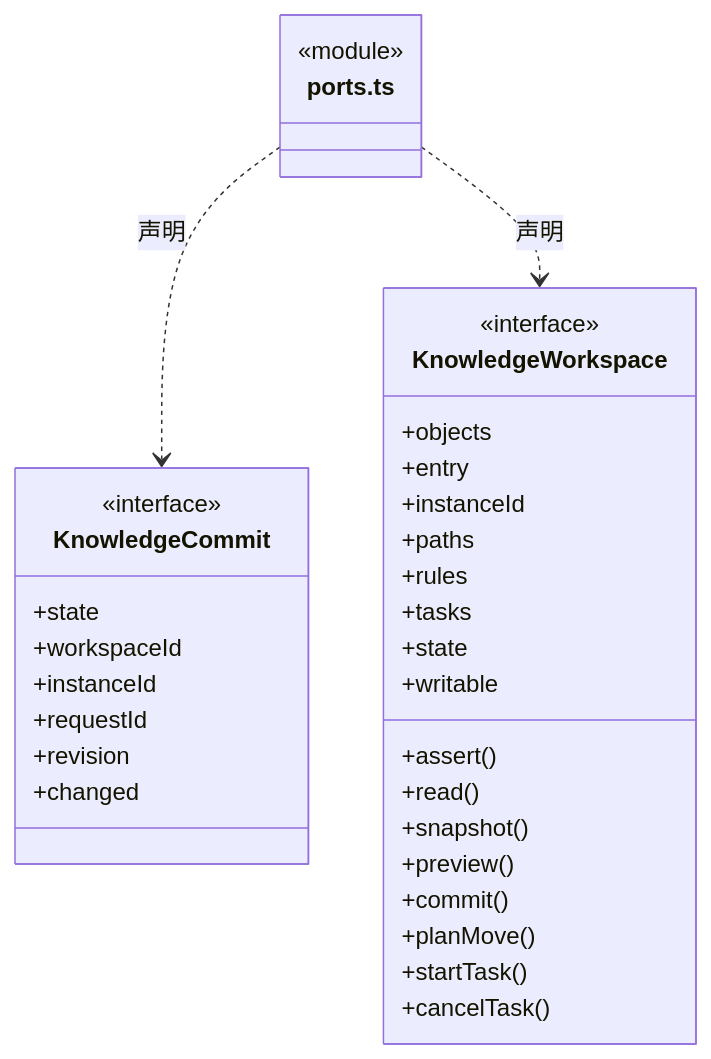
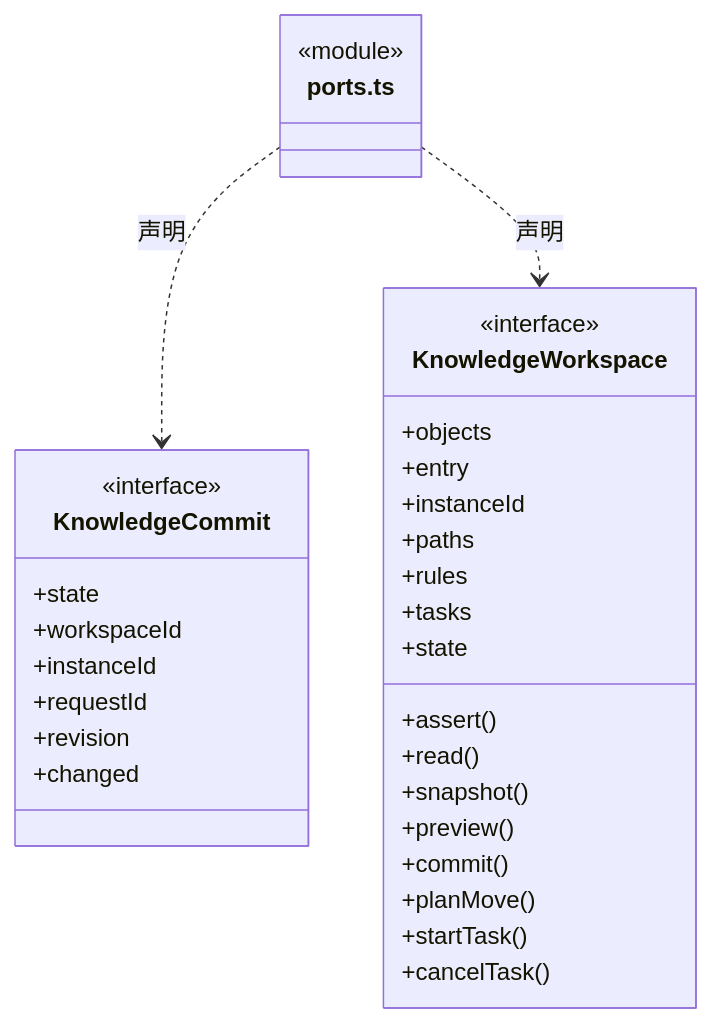
One commit to nan023062/cbim changed the sixth of 13 diagrams in src/backend/core/knowledge/ARCHITECTURE.md. Above: the diagram before and after it, drawn with Mermaid. The commit also changed other lines of this file and 211 other files, not shown here.

````diff
--- a/src/backend/core/knowledge/ARCHITECTURE.md
+++ b/src/backend/core/knowledge/ARCHITECTURE.md
@@ -134,36 +134,35 @@
 ```mermaid
 classDiagram
 class N_src_backend_core_knowledge_ports_ts["ports.ts"] {
   <<module>>
 }
 class N_src_backend_core_knowledge_ports_ts_KnowledgeCommit["KnowledgeCommit"] {
   <<interface>>
   +state
   +workspaceId
   +instanceId
   +requestId
   +revision
   +changed
 }
 N_src_backend_core_knowledge_ports_ts ..> N_src_backend_core_knowledge_ports_ts_KnowledgeCommit : 声明
 class N_src_backend_core_knowledge_ports_ts_KnowledgeWorkspace["KnowledgeWorkspace"] {
   <<interface>>
   +objects
   +entry
   +instanceId
   +paths
   +rules
   +tasks
   +state
-  +writable
   +assert()
   +read()
   +snapshot()
   +preview()
   +commit()
   +planMove()
   +startTask()
   +cancelTask()
 }
 N_src_backend_core_knowledge_ports_ts ..> N_src_backend_core_knowledge_ports_ts_KnowledgeWorkspace : 声明
 ```
````
